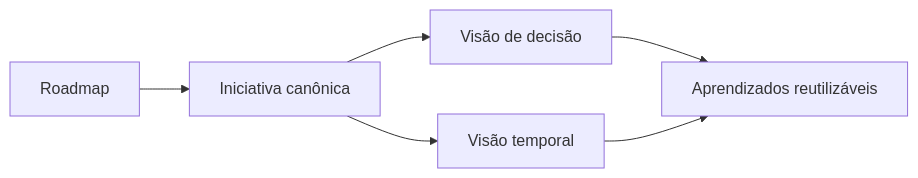
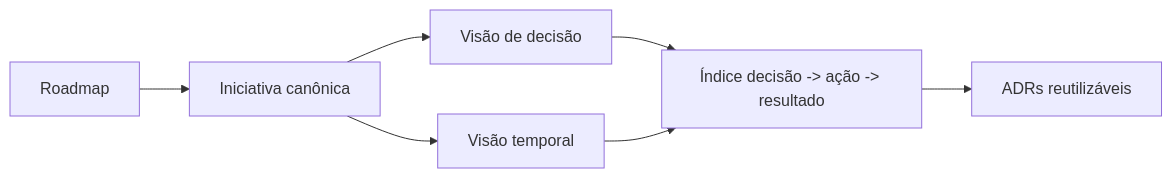
One commit to rosanarezende/mundo-da-mel-showcase changed the diagram in README.md. Above: the diagram before and after it, drawn with Mermaid. The commit also changed other lines of this file and 5 other files, not shown here.

````diff
--- a/README.md
+++ b/README.md
@@ -61,8 +63,9 @@
 ```mermaid
 flowchart LR
 	A[Roadmap] --> B[Iniciativa canônica]
 	B --> C[Visão de decisão]
 	B --> D[Visão temporal]
-	C --> E[Aprendizados reutilizáveis]
+	C --> E[Índice decisão -> ação -> resultado]
 	D --> E
+	E --> F[ADRs reutilizáveis]
 ```
````
